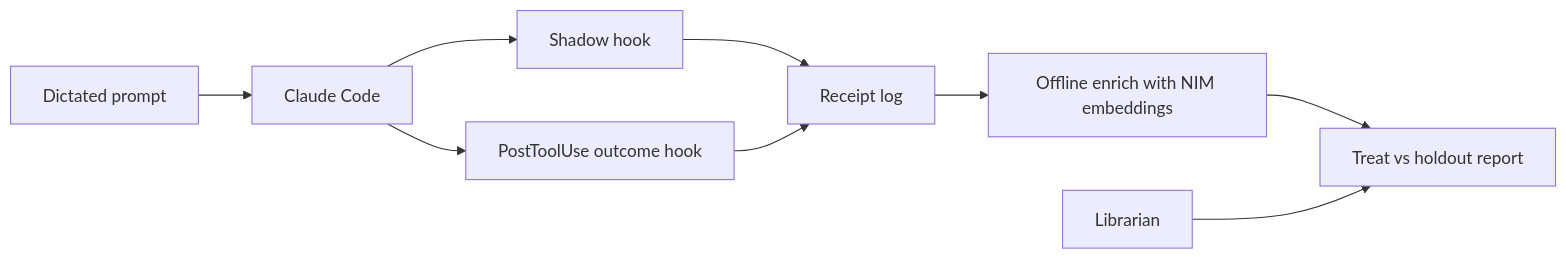
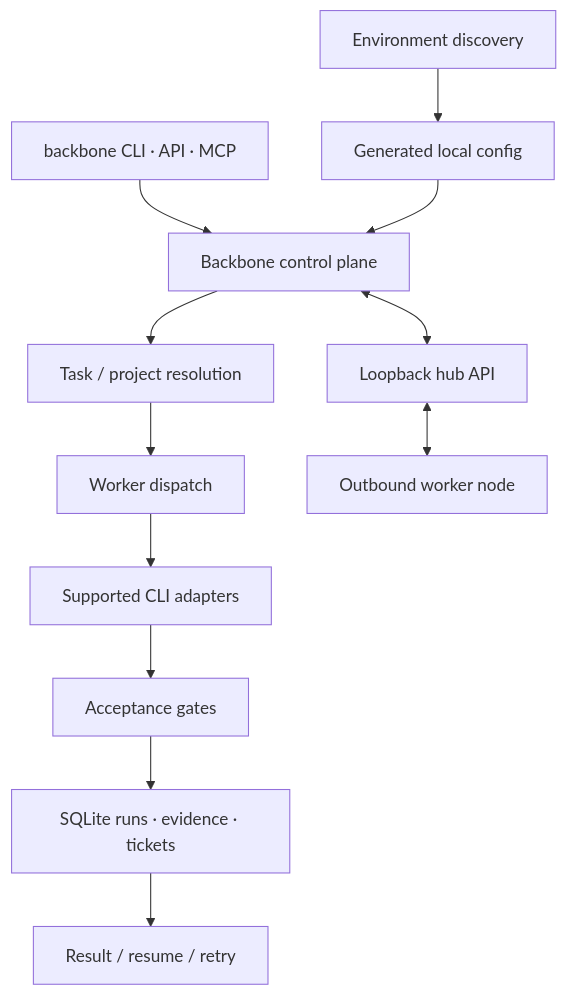
Before and after one commit to brusnyak/agent-router: the diagram in README.md, drawn with Mermaid. The commit also changed other lines of this file and 1 other file, not shown here.

````diff
--- a/README.md
+++ b/README.md
@@ -28,11 +81,14 @@
 ```mermaid
-flowchart LR
-    A["Dictated prompt"] --> B["Claude Code"]
-    B --> C["Shadow hook"]
-    C --> D["Receipt log"]
-    B --> E["PostToolUse outcome hook"]
-    E --> D
-    D --> F["Offline enrich with NIM embeddings"]
-    F --> G["Treat vs holdout report"]
-    H["Librarian"] --> G
+flowchart TD
+    A["backbone CLI · API · MCP"] --> B["Backbone control plane"]
+    X["Environment discovery"] --> Y["Generated local config"]
+    Y --> B
+    B --> C["Task / project resolution"]
+    C --> D["Worker dispatch"]
+    D --> E["Supported CLI adapters"]
+    E --> H["Acceptance gates"]
+    H --> I["SQLite runs · evidence · tickets"]
+    I --> J["Result / resume / retry"]
+    B <--> K["Loopback hub API"]
+    K <--> L["Outbound worker node"]
 ```
````
